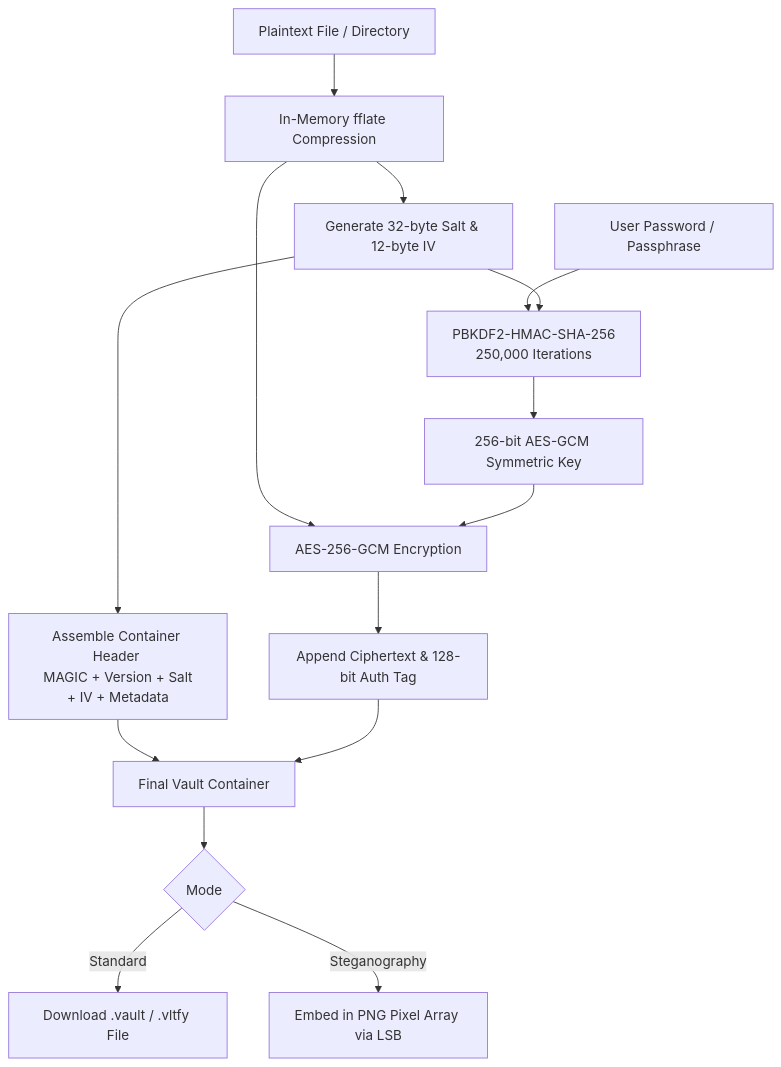
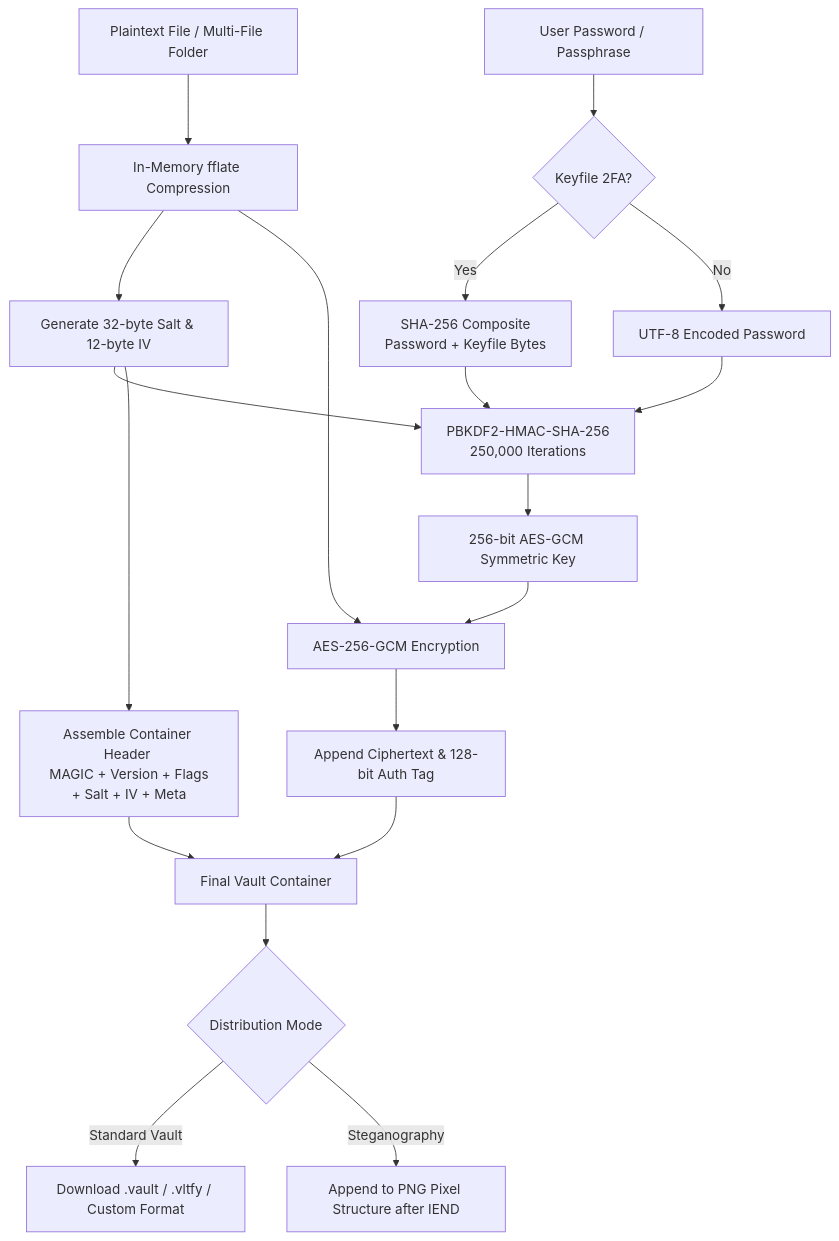
One commit to srinivasjangiti/Vaultify changed the diagram in README.md. Above: the diagram before and after it, drawn with Mermaid. The commit also changed other lines of this file and 5 other files, not shown here.

Commit message:
feat: major security upgrades, keyfile 2FA, custom steganography carrier, in-browser zip explorer, hash inspector, digital shredder, and author profile for Srinivas Jangiti

````diff
--- a/README.md
+++ b/README.md
@@ -52,17 +72,21 @@
 ```mermaid
 flowchart TD
-    A[Plaintext File / Directory] --> B[In-Memory fflate Compression]
+    A[Plaintext File / Multi-File Folder] --> B[In-Memory fflate Compression]
     B --> C[Generate 32-byte Salt & 12-byte IV]
-    UserKey[User Password / Passphrase] --> D[PBKDF2-HMAC-SHA-256 \n 250,000 Iterations]
-    C --> D
-    D --> E[256-bit AES-GCM Symmetric Key]
-    B --> F[AES-256-GCM Encryption]
-    E --> F
-    C --> G[Assemble Container Header \n MAGIC + Version + Salt + IV + Metadata]
-    F --> H[Append Ciphertext & 128-bit Auth Tag]
-    G --> I[Final Vault Container]
-    H --> I
-    I --> J{Mode}
-    J -->|Standard| K[Download .vault / .vltfy File]
-    J -->|Steganography| L[Embed in PNG Pixel Array via LSB]
+    PW[User Password / Passphrase] --> KF{Keyfile 2FA?}
+    KF -->|Yes| D[SHA-256 Composite \n Password + Keyfile Bytes]
+    KF -->|No| D2[UTF-8 Encoded Password]
+    D --> E[PBKDF2-HMAC-SHA-256 \n 250,000 Iterations]
+    D2 --> E
+    C --> E
+    E --> F[256-bit AES-GCM Symmetric Key]
+    B --> G[AES-256-GCM Encryption]
+    F --> G
+    C --> H[Assemble Container Header \n MAGIC + Version + Flags + Salt + IV + Meta]
+    G --> I[Append Ciphertext & 128-bit Auth Tag]
+    H --> J[Final Vault Container]
+    I --> J
+    J --> K{Distribution Mode}
+    K -->|Standard Vault| L[Download .vault / .vltfy / Custom Format]
+    K -->|Steganography| M[Append to PNG Pixel Structure after IEND]
 ```
````
